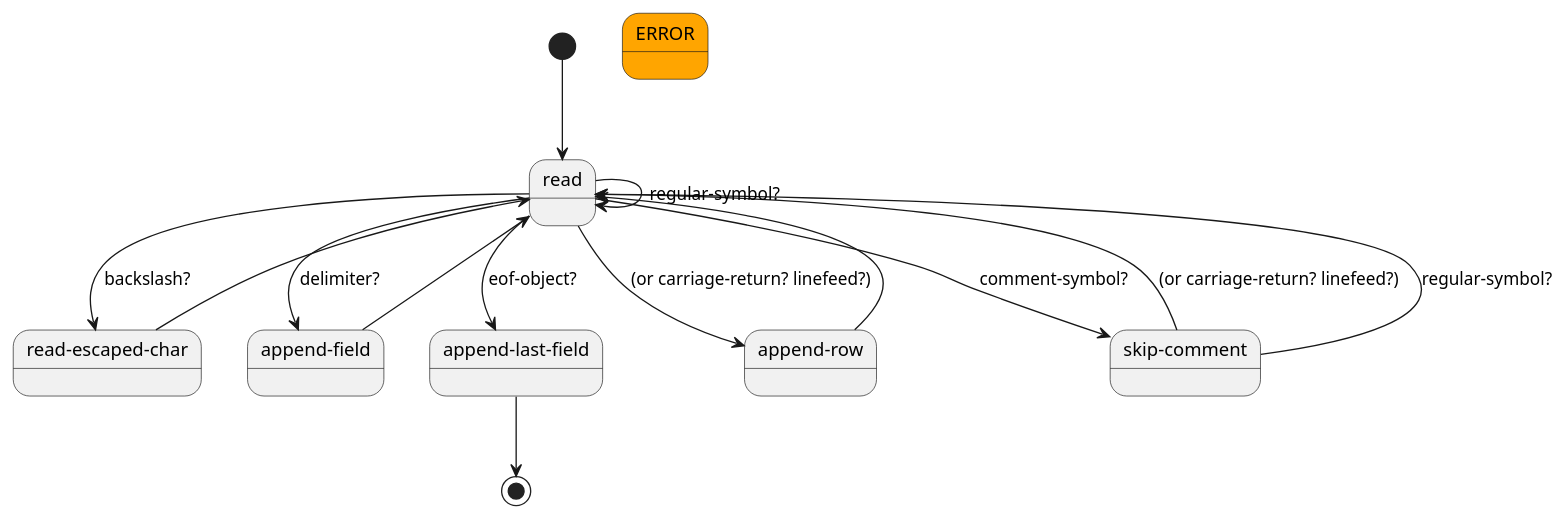
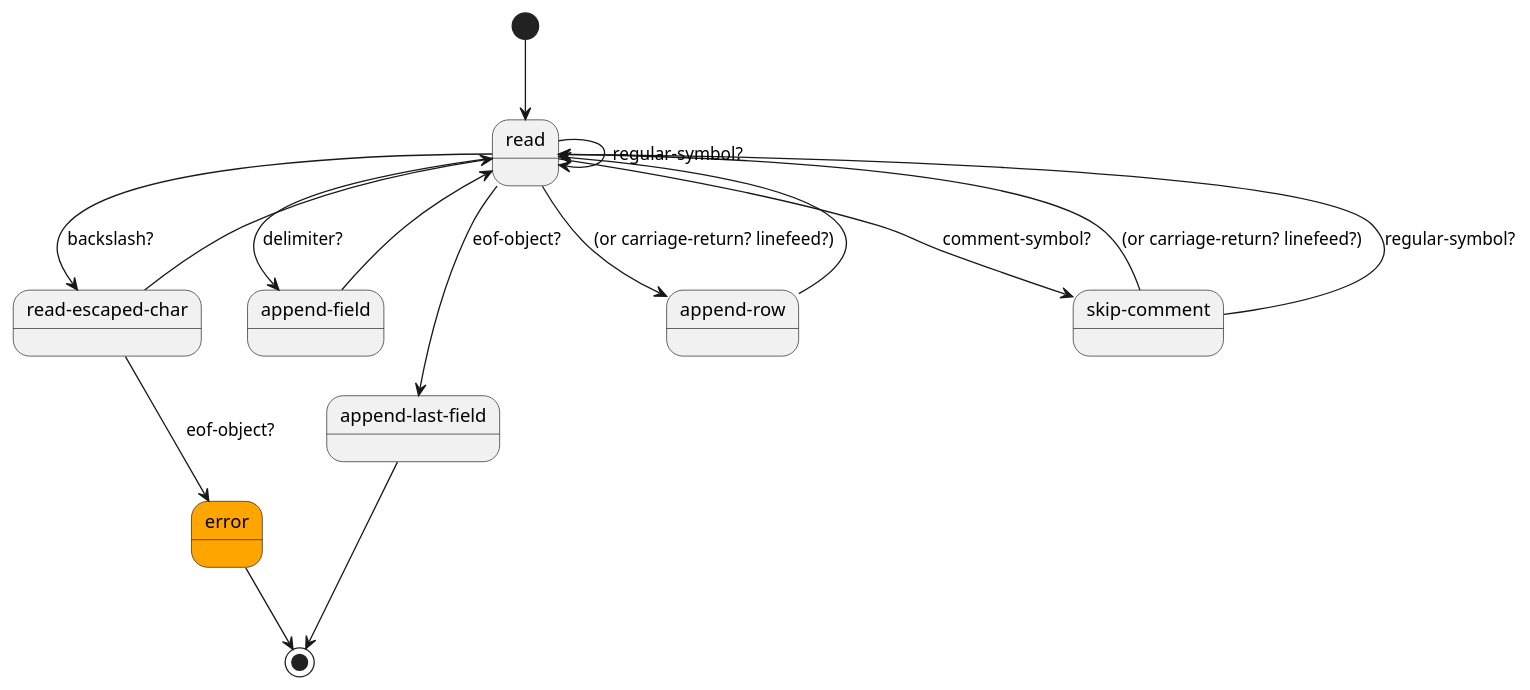
The diagram in modules/dsv/unix.puml (artyom-poptsov/guile-dsv), drawn with PlantUML before and after one commit. The commit also changed 1 other file, not shown here.

Commit message:
unix.scm (dsv->scm) <fsm-read-escaped-char>: Improve
* modules/dsv/unix.scm (dsv->scm) <fsm-read-escaped-char>: Throw an error when
  an EOF object is read.
* modules/dsv/unix.puml: Update.

```diff
--- a/modules/dsv/unix.puml
+++ b/modules/dsv/unix.puml
@@ -1,57 +1,59 @@
 @startuml
 /'
 unix.puml -- Finite state machine diagram for the Unix DSV parser.
 
 Copyright (C) 2021 Artyom V. Poptsov <poptsov.artyom@gmail.com>
 
 This program is free software: you can redistribute it and/or modify
 it under the terms of the GNU General Public License as published by
 the Free Software Foundation, either version 3 of the License, or
 (at your option) any later version.
 
 The program is distributed in the hope that it will be useful,
 but WITHOUT ANY WARRANTY; without even the implied warranty of
 MERCHANTABILITY or FITNESS FOR A PARTICULAR PURPOSE.  See the
 GNU General Public License for more details.
 
 You should have received a copy of the GNU General Public License
 along with the program.  If not, see <http://www.gnu.org/licenses/>.
 '/
 
 skinparam state {
   BackgroundColor<<Error>> Orange
 }
 
 state "read-escaped-char" as read_escaped_char
 state "append-field" as append_field
 state "append-last-field" as append_last_field
 state "append-row"   as append_row
 state "skip-comment" as skip_comment
-state "ERROR" as ERROR <<Error>>
+state "error" as error <<Error>>
 
 /' fsm-read '/
 [*] --> read
 read --> append_last_field: eof-object?
 read --> skip_comment: comment-symbol?
 read --> append_row:   (or carriage-return? linefeed?)
 read --> append_field: delimiter?
 read --> read_escaped_char: backslash?
 read -> read: regular-symbol?
 
 /' fsm-append-last-field '/
 append_last_field --> [*]
 
 /' fsm-skip-commend '/
 skip_comment --> read: (or carriage-return? linefeed?)
 skip_comment --> read: regular-symbol?
 
 /' fsm-append-row '/
 append_row --> read
 
 /' fsm-append-field '/
 append_field --> read
 
 /' fsm-read-escaped-char '/
 read_escaped_char --> read
+read_escaped_char --> error: eof-object?
 
+error --> [*]
 @enduml
```
